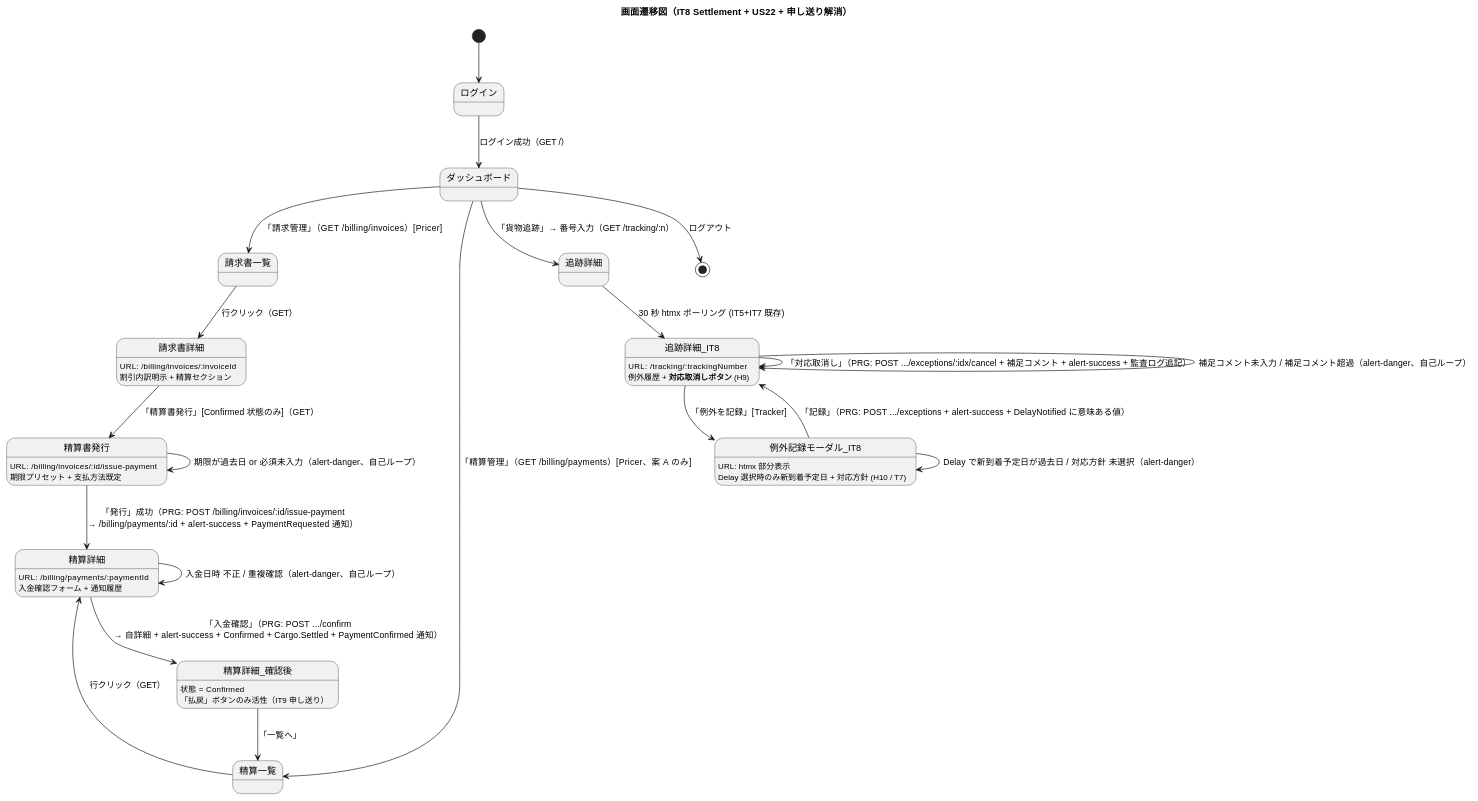
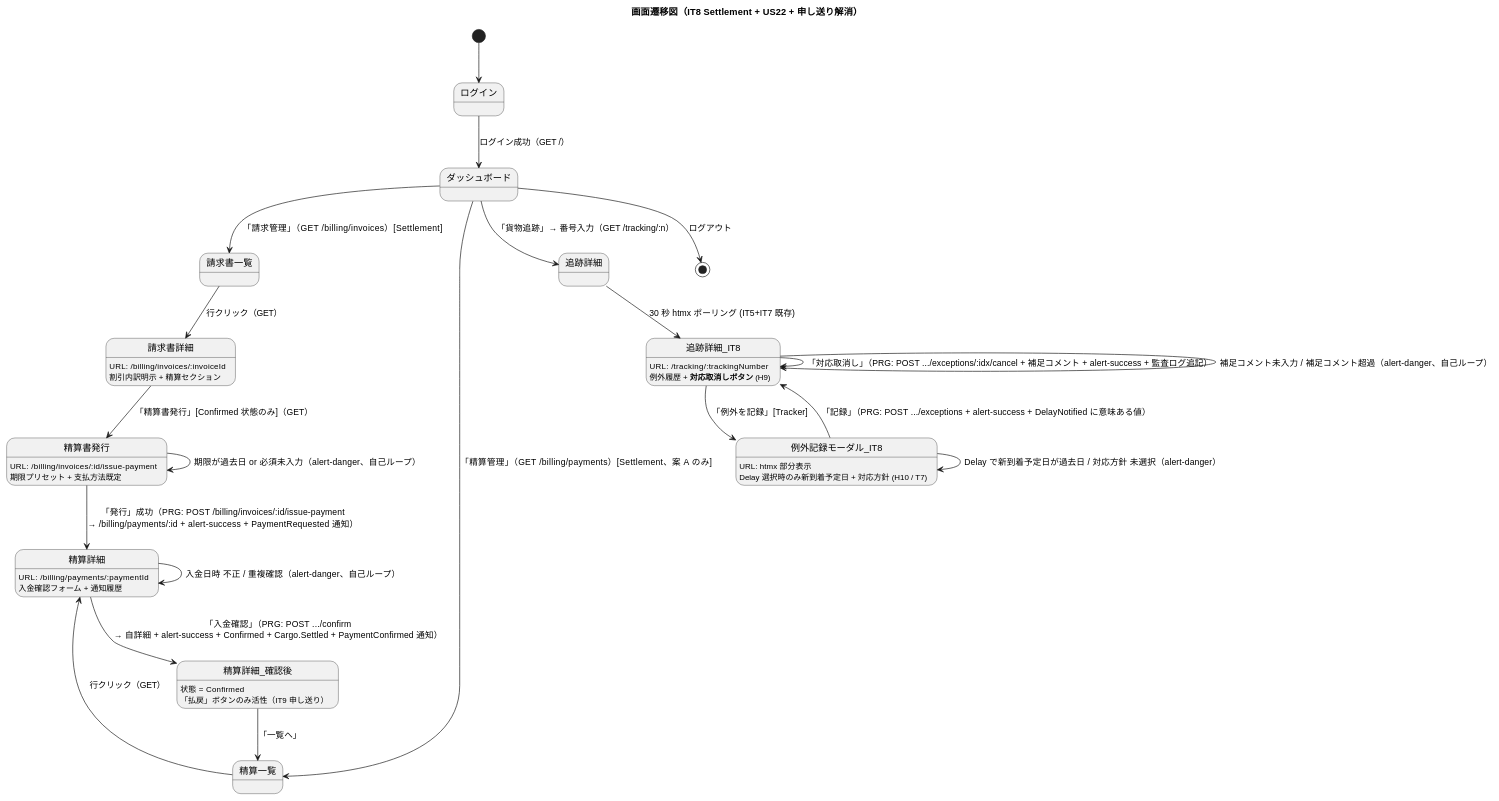
One commit to k2works/case-study-cargo-tracker changed the fifth of 5 diagrams in docs/development/iteration_plan-8.md. Above: the diagram before and after it, drawn with PlantUML. The commit also changed other lines of this file, not shown here.

````diff
--- a/docs/development/iteration_plan-8.md
+++ b/docs/development/iteration_plan-8.md
@@ -754,43 +754,43 @@
 ```plantuml
 @startuml
 
 title 画面遷移図（IT8 Settlement + US22 + 申し送り解消）
 
 [*] --> ログイン
 state ログイン
 ログイン --> ダッシュボード : ログイン成功（GET /）
 
 state ダッシュボード
-ダッシュボード --> 請求書一覧 : 「請求管理」（GET /billing/invoices）[Pricer]
-ダッシュボード --> 精算一覧 : 「精算管理」（GET /billing/payments）[Pricer、案 A のみ]
+ダッシュボード --> 請求書一覧 : 「請求管理」（GET /billing/invoices）[Settlement]
+ダッシュボード --> 精算一覧 : 「精算管理」（GET /billing/payments）[Settlement、案 A のみ]
 ダッシュボード --> 追跡詳細 : 「貨物追跡」→ 番号入力（GET /tracking/:n）
 
 state 請求書詳細 : URL: /billing/invoices/:invoiceId\n割引内訳明示 + 精算セクション
 請求書一覧 --> 請求書詳細 : 行クリック（GET）
 請求書詳細 --> 精算書発行 : 「精算書発行」[Confirmed 状態のみ]（GET）
 
 state 精算書発行 : URL: /billing/invoices/:id/issue-payment\n期限プリセット + 支払方法既定
 精算書発行 --> 精算詳細 : 「発行」成功（PRG: POST /billing/invoices/:id/issue-payment\n→ /billing/payments/:id + alert-success + PaymentRequested 通知）
 精算書発行 --> 精算書発行 : 期限が過去日 or 必須未入力（alert-danger、自己ループ）
 
 state 精算詳細 : URL: /billing/payments/:paymentId\n入金確認フォーム + 通知履歴
 精算一覧 --> 精算詳細 : 行クリック（GET）
 精算詳細 --> 精算詳細_確認後 : 「入金確認」（PRG: POST .../confirm\n→ 自詳細 + alert-success + Confirmed + Cargo.Settled + PaymentConfirmed 通知）
 精算詳細 --> 精算詳細 : 入金日時 不正 / 重複確認（alert-danger、自己ループ）
 
 state 精算詳細_確認後 : 状態 = Confirmed\n「払戻」ボタンのみ活性（IT9 申し送り）
 精算詳細_確認後 --> 精算一覧 : 「一覧へ」
 
 state 追跡詳細_IT8 : URL: /tracking/:trackingNumber\n例外履歴 + <b>対応取消しボタン</b> (H9)
 追跡詳細 --> 追跡詳細_IT8 : 30 秒 htmx ポーリング (IT5+IT7 既存)
 追跡詳細_IT8 --> 追跡詳細_IT8 : 「対応取消し」（PRG: POST .../exceptions/:idx/cancel + 補足コメント + alert-success + 監査ログ追記）
 追跡詳細_IT8 --> 追跡詳細_IT8 : 補足コメント未入力 / 補足コメント超過（alert-danger、自己ループ）
 
 state 例外記録モーダル_IT8 : URL: htmx 部分表示\nDelay 選択時のみ新到着予定日 + 対応方針 (H10 / T7)
 追跡詳細_IT8 --> 例外記録モーダル_IT8 : 「例外を記録」[Tracker]
 例外記録モーダル_IT8 --> 追跡詳細_IT8 : 「記録」（PRG: POST .../exceptions + alert-success + DelayNotified に意味ある値）
 例外記録モーダル_IT8 --> 例外記録モーダル_IT8 : Delay で新到着予定日が過去日 / 対応方針 未選択（alert-danger）
 
 ダッシュボード --> [*] : ログアウト
 @enduml
 ```
````
